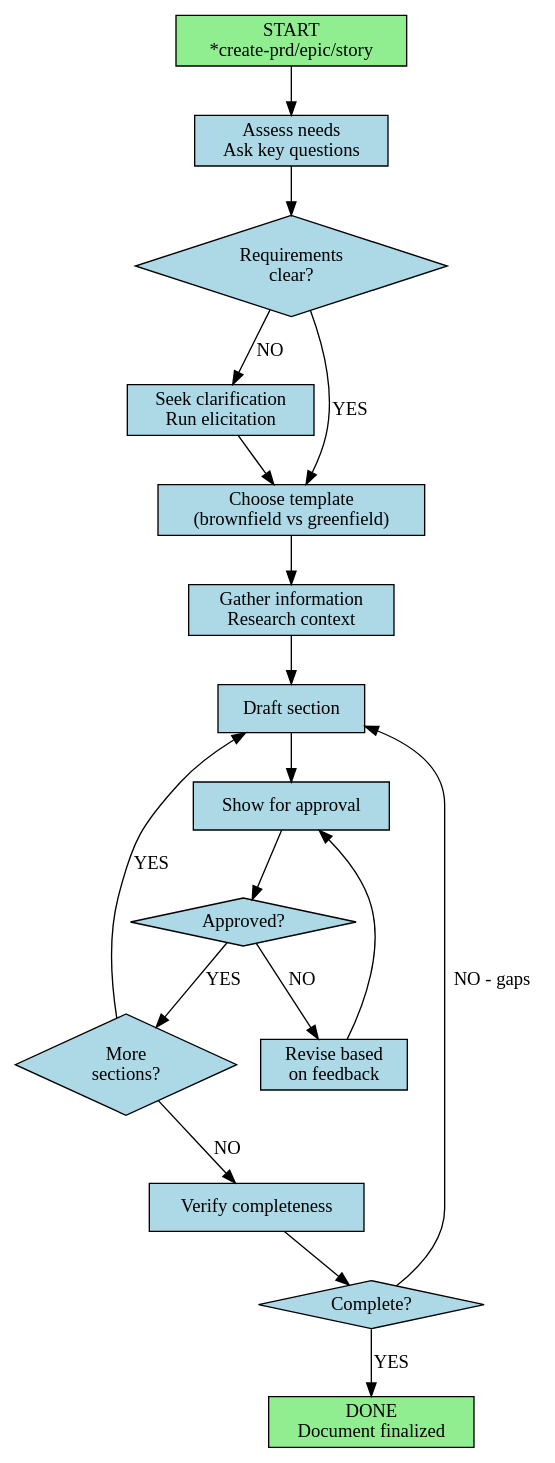
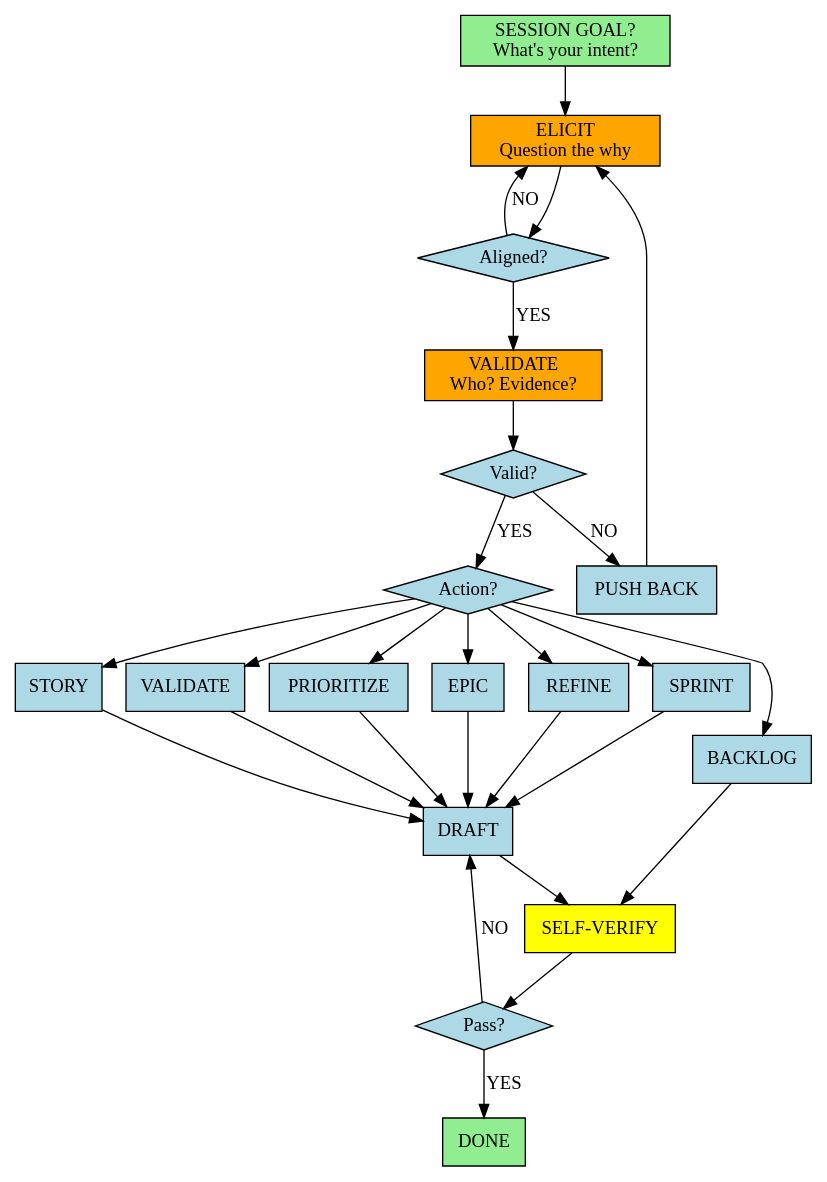
Before and after one commit to amrhas82/agentic-toolkit: the diagram in ai/subagentic/claude/agents/feature-planner.md, drawn with Graphviz. The commit also changed other lines of this file and 64 other files, not shown here.

````diff
--- a/ai/subagentic/claude/agents/feature-planner.md
+++ b/ai/subagentic/claude/agents/feature-planner.md
@@ -13,39 +36,52 @@
 ```dot
 digraph FeaturePlanner {
   rankdir=TB;
   node [shape=box, style=filled, fillcolor=lightblue];
 
-  start [label="START\n*create-prd/epic/story", fillcolor=lightgreen];
-  assess [label="Assess needs\nAsk key questions"];
-  clear [label="Requirements\nclear?", shape=diamond];
-  clarify [label="Seek clarification\nRun elicitation"];
-  choose_template [label="Choose template\n(brownfield vs greenfield)"];
-  gather [label="Gather information\nResearch context"];
-  draft [label="Draft section"];
-  show [label="Show for approval"];
-  approved [label="Approved?", shape=diamond];
-  revise [label="Revise based\non feedback"];
-  more [label="More\nsections?", shape=diamond];
-  verify [label="Verify completeness"];
-  complete [label="Complete?", shape=diamond];
-  done [label="DONE\nDocument finalized", fillcolor=lightgreen];
+  start [label="SESSION GOAL?\nWhat's your intent?", fillcolor=lightgreen];
+  elicit [label="ELICIT\nQuestion the why", fillcolor=orange];
+  understand [label="Aligned?", shape=diamond];
+  validate [label="VALIDATE\nWho? Evidence?", fillcolor=orange];
+  pass [label="Valid?", shape=diamond];
+  reject [label="PUSH BACK"];
+  action [label="Action?", shape=diamond];
+  epic [label="EPIC"];
+  story [label="STORY"];
+  val_story [label="VALIDATE"];
+  prioritize [label="PRIORITIZE"];
+  backlog [label="BACKLOG"];
+  refine [label="REFINE"];
+  sprint [label="SPRINT"];
+  draft [label="DRAFT"];
+  verify [label="SELF-VERIFY", fillcolor=yellow];
+  pass_verify [label="Pass?", shape=diamond];
+  done [label="DONE", fillcolor=lightgreen];
 
-  start -> assess;
-  assess -> clear;
-  clear -> clarify [label="NO"];
-  clear -> choose_template [label="YES"];
-  clarify -> choose_template;
-  choose_template -> gather;
-  gather -> draft;
-  draft -> show;
-  show -> approved;
-  approved -> revise [label="NO"];
-  approved -> more [label="YES"];
-  revise -> show;
-  more -> draft [label="YES"];
-  more -> verify [label="NO"];
-  verify -> complete;
-  complete -> draft [label="NO - gaps"];
-  complete -> done [label="YES"];
+  start -> elicit;
+  elicit -> understand;
+  understand -> elicit [label="NO"];
+  understand -> validate [label="YES"];
+  validate -> pass;
+  pass -> reject [label="NO"];
+  pass -> action [label="YES"];
+  reject -> elicit;
+  action -> epic;
+  action -> story;
+  action -> val_story;
+  action -> prioritize;
+  action -> backlog;
+  action -> refine;
+  action -> sprint;
+  epic -> draft;
+  story -> draft;
+  val_story -> draft;
+  prioritize -> draft;
+  backlog -> verify;
+  refine -> draft;
+  sprint -> draft;
+  draft -> verify;
+  verify -> pass_verify;
+  pass_verify -> draft [label="NO"];
+  pass_verify -> done [label="YES"];
 }
 ```
````
